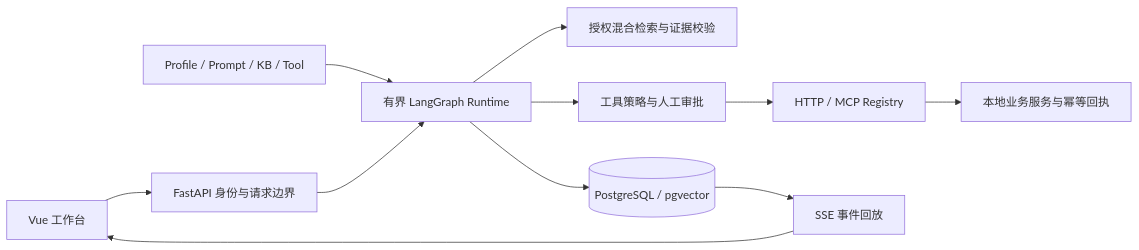
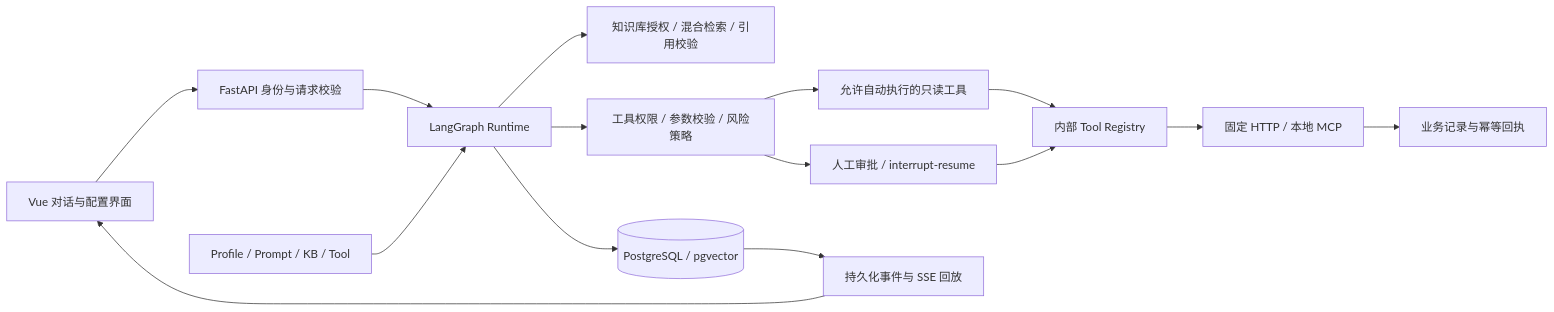
Before and after one commit to jason4166/omniagent-studio: the first of 2 diagrams in README.md, drawn with Mermaid. The commit also changed other lines of this file and 3 other files, not shown here.

````diff
--- a/README.md
+++ b/README.md
@@ -26,13 +66,17 @@
 ```mermaid
 flowchart LR
-  Web[Vue 工作台] --> API[FastAPI 身份与请求边界]
-  Config[Profile / Prompt / KB / Tool] --> Runtime[有界 LangGraph Runtime]
-  API --> Runtime
-  Runtime --> Retrieval[授权混合检索与证据校验]
-  Runtime --> Approval[工具策略与人工审批]
-  Approval --> Registry[HTTP / MCP Registry]
-  Registry --> Mock[本地业务服务与幂等回执]
+  Web[Vue 对话与配置界面] --> API[FastAPI 身份与请求校验]
+  API --> Runtime[LangGraph Runtime]
+  Config[Profile / Prompt / KB / Tool] --> Runtime
+  Runtime --> Retrieval[知识库授权 / 混合检索 / 引用校验]
+  Runtime --> Policy[工具权限 / 参数校验 / 风险策略]
+  Policy --> Read[允许自动执行的只读工具]
+  Policy --> Approval[人工审批 / interrupt-resume]
+  Read --> Registry[内部 Tool Registry]
+  Approval --> Registry
+  Registry --> Connectors[固定 HTTP / 本地 MCP]
+  Connectors --> Business[业务记录与幂等回执]
   Runtime --> DB[(PostgreSQL / pgvector)]
-  DB --> Replay[SSE 事件回放]
-  Replay --> Web
+  DB --> Events[持久化事件与 SSE 回放]
+  Events --> Web
 ```
````
